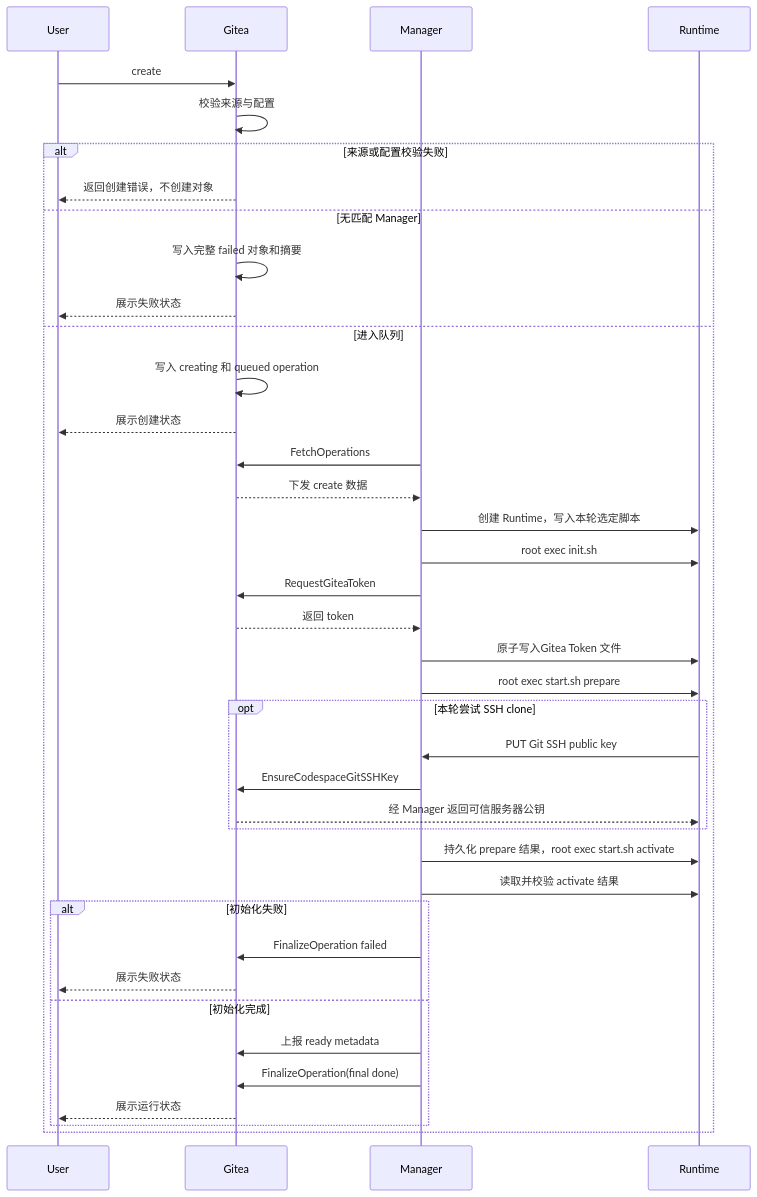
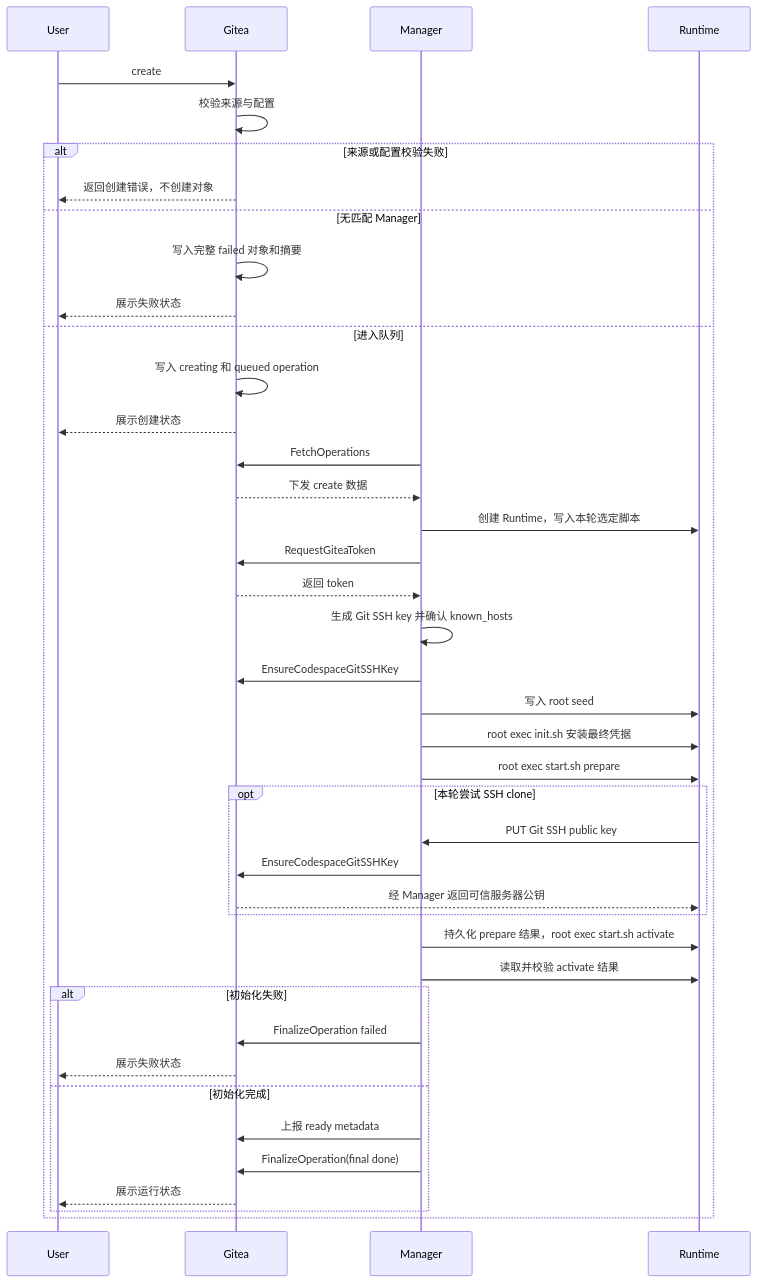
The first of 3 diagrams in src/lifecycle-flows.md (ExplodingDragon/gitea-dev), drawn with Mermaid before and after one commit. The commit also changed other lines of this file and 10 other files, not shown here.

````diff
--- a/src/lifecycle-flows.md
+++ b/src/lifecycle-flows.md
@@ -114,42 +115,44 @@
 ```mermaid
 sequenceDiagram
     participant U as User
     participant G as Gitea
     participant M as Manager
     participant R as Runtime
 
     U->>G: create
     G->>G: 校验来源与配置
     alt 来源或配置校验失败
         G-->>U: 返回创建错误，不创建对象
     else 无匹配 Manager
         G->>G: 写入完整 failed 对象和摘要
         G-->>U: 展示失败状态
     else 进入队列
         G->>G: 写入 creating 和 queued operation
         G-->>U: 展示创建状态
         M->>G: FetchOperations
         G-->>M: 下发 create 数据
         M->>R: 创建 Runtime，写入本轮选定脚本
-        M->>R: root exec init.sh
         M->>G: RequestGiteaToken
         G-->>M: 返回 token
-        M->>R: 原子写入Gitea Token 文件
+        M->>M: 生成 Git SSH key 并确认 known_hosts
+        M->>G: EnsureCodespaceGitSSHKey
+        M->>R: 写入 root seed
+        M->>R: root exec init.sh 安装最终凭据
         M->>R: root exec start.sh prepare
         opt 本轮尝试 SSH clone
             R->>M: PUT Git SSH public key
             M->>G: EnsureCodespaceGitSSHKey
             G-->>R: 经 Manager 返回可信服务器公钥
         end
         M->>R: 持久化 prepare 结果，root exec start.sh activate
         M->>R: 读取并校验 activate 结果
         alt 初始化失败
             M->>G: FinalizeOperation failed
             G-->>U: 展示失败状态
         else 初始化完成
             M->>G: 上报 ready metadata
             M->>G: FinalizeOperation(final done)
             G-->>U: 展示运行状态
         end
     end
 ```
````
